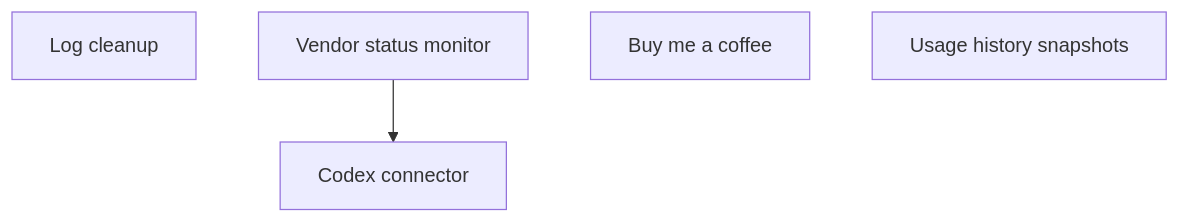
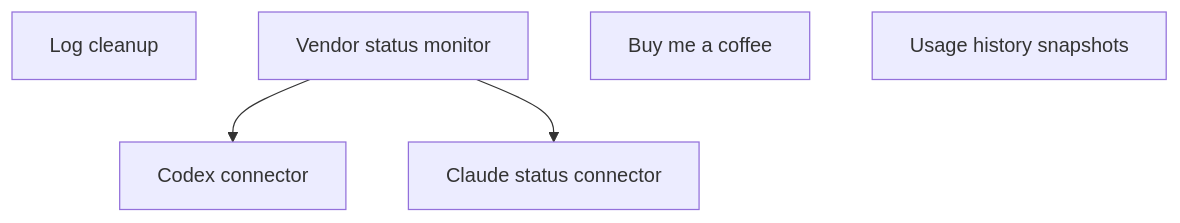
The diagram in roadmap/index.md (fcamblor/mac-ai-trackers), drawn with Mermaid before and after one commit. The commit also changed other lines of this file and 11 other files, not shown here.

First line of the commit message:
feat(connectors): add Claude status connector with Statuspage.io integration

````diff
--- a/roadmap/index.md
+++ b/roadmap/index.md
@@ -11,9 +11,11 @@
 ```mermaid
 graph TD
     log-cleanup["Log cleanup"]
     vendor-status-monitor["Vendor status monitor"]
+    claude-status-connector["Claude status connector"]
     buy-me-a-coffee["Buy me a coffee"]
     codex-connector["Codex connector"]
     vendor-status-monitor --> codex-connector
+    vendor-status-monitor --> claude-status-connector
     usage-history-snapshots["Usage history snapshots"]
 ```
````
